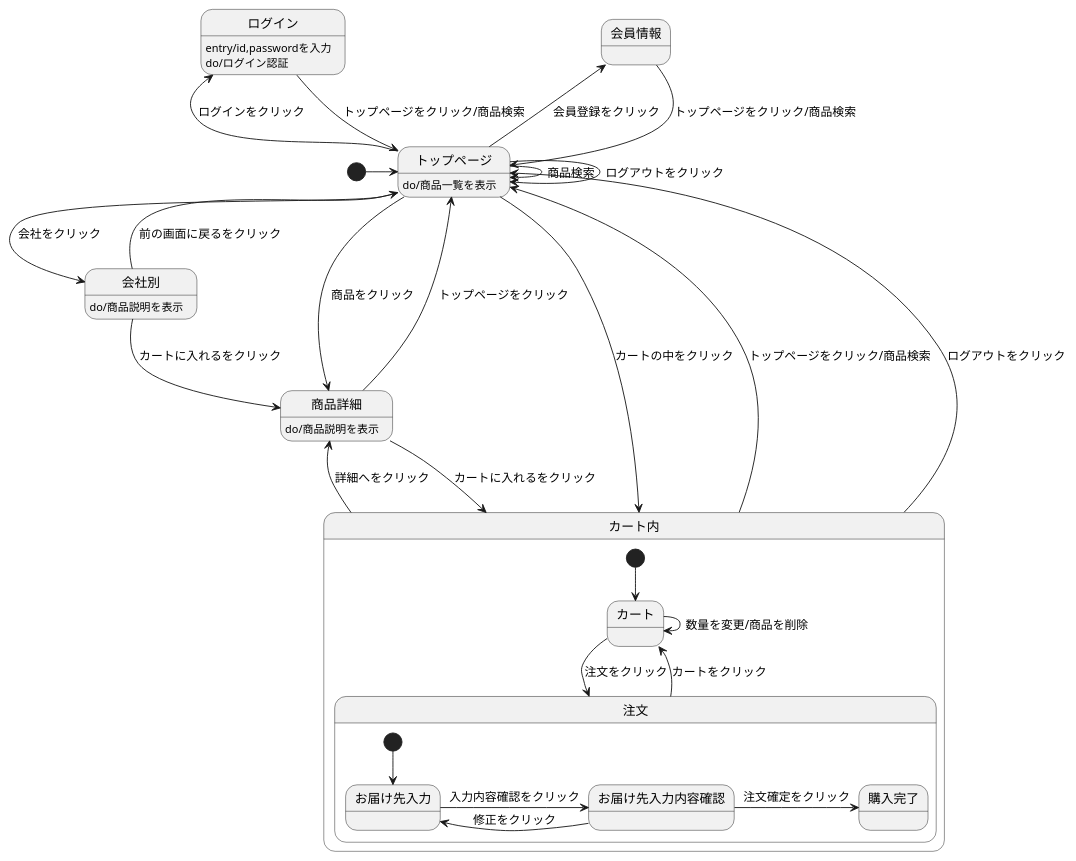
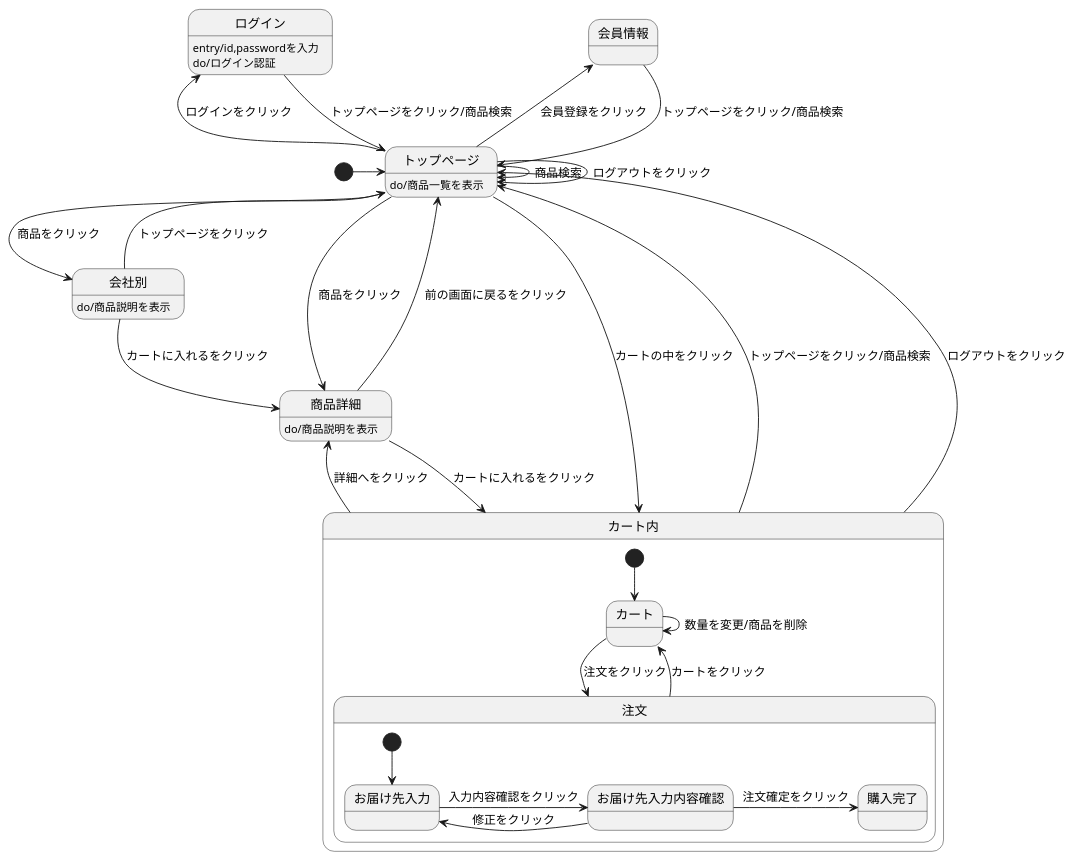
One commit to Aso2001403/2021sys-design changed the diagram in myHP/第１２回画面遷移/画面遷移.md. Above: the diagram before and after it, drawn with PlantUML.

````diff
--- a/myHP/第１２回画面遷移/画面遷移.md
+++ b/myHP/第１２回画面遷移/画面遷移.md
@@ -1,39 +1,39 @@
 ```uml
 @startuml
 [*] -> トップページ
 会員情報 --> トップページ : トップページをクリック/商品検索
 ログイン --> トップページ : トップページをクリック/商品検索
 ログイン : entry/id,passwordを入力
 ログイン : do/ログイン認証
 トップページ --> トップページ : ログアウトをクリック
 トップページ -> トップページ : 商品検索
 トップページ -> 商品詳細 : 商品をクリック
-トップページ -> 会社別 : 会社をクリック
+トップページ -> 会社別 : 商品をクリック
 トップページ -left-> 会員情報 : 会員登録をクリック
 トップページ -left-> ログイン : ログインをクリック
 トップページ --> カート内 : カートの中をクリック
 トップページ : do/商品一覧を表示
 商品詳細 --> カート内 : カートに入れるをクリック
-商品詳細 --> トップページ : トップページをクリック
+商品詳細 --> トップページ : 前の画面に戻るをクリック
 商品詳細 : do/商品説明を表示
-会社別 --> 商品詳細 : カートに入れるをクリック
-会社別 --> トップページ : 前の画面に戻るをクリック
+会社別 -->  商品詳細: カートに入れるをクリック
+会社別 --> トップページ : トップページをクリック
 会社別 : do/商品説明を表示
 カート内 -up-> トップページ : トップページをクリック/商品検索
 カート内 -up-> トップページ : ログアウトをクリック
 カート内 -> 商品詳細 : 詳細へをクリック
 
 state カート内 {
   [*] --> カート
   カート -> 注文 : 注文をクリック
   カート -> カート : 数量を変更/商品を削除
   注文 --> カート : カートをクリック
   state 注文 {
     [*] --> お届け先入力
     お届け先入力 -> お届け先入力内容確認 : 入力内容確認をクリック
     お届け先入力内容確認 -> お届け先入力 : 修正をクリック
     お届け先入力内容確認 -> 購入完了 : 注文確定をクリック
   }
 
 @enduml
 ```
````
